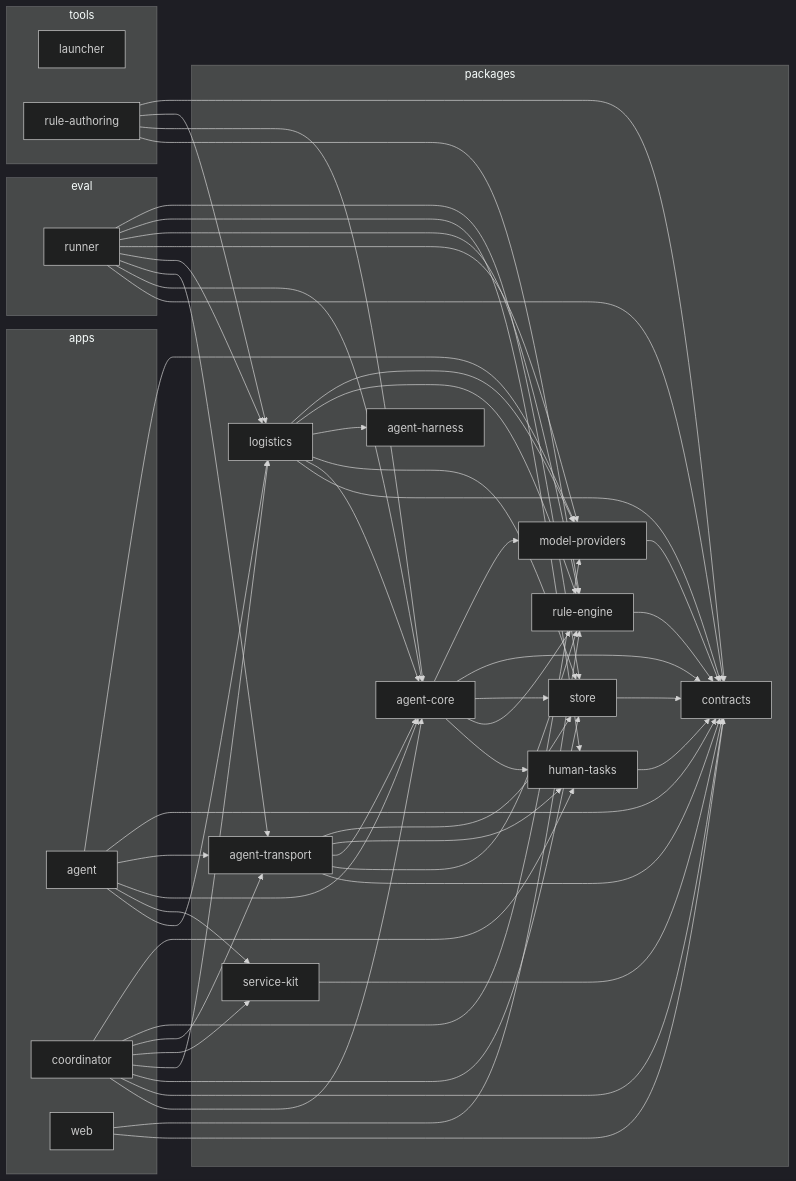
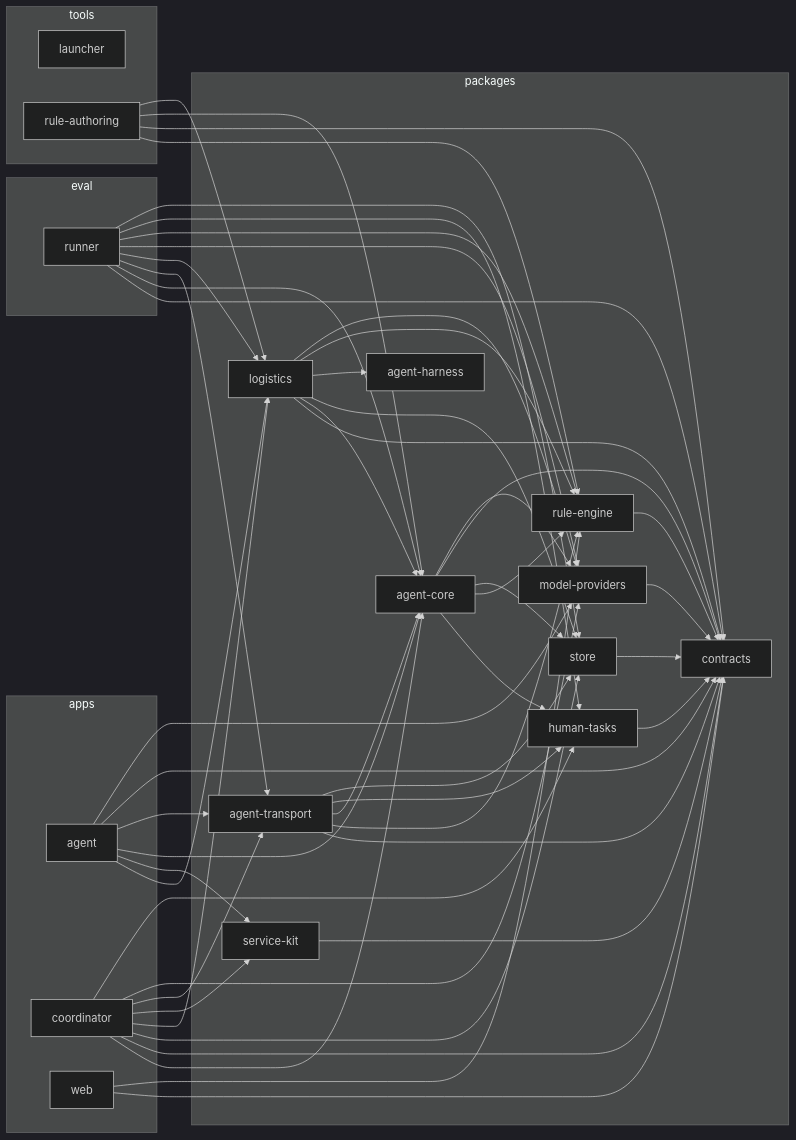
The diagram in docs/architecture-graph.md (ClydeShen/durable-jev), drawn with Mermaid (dark theme) before and after one commit. The commit also changed other lines of this file and 10 other files, not shown here.

````diff
--- a/docs/architecture-graph.md
+++ b/docs/architecture-graph.md
@@ -7,77 +7,77 @@
 ```mermaid
 flowchart LR
 
 subgraph 0["apps"]
 1["agent"]
 2["coordinator"]
 3["web"]
 end
 subgraph 4["eval"]
 5["runner"]
 end
 subgraph 6["packages"]
 7["agent-core"]
 8["agent-harness"]
 9["agent-transport"]
 A["contracts"]
 B["human-tasks"]
 C["logistics"]
 D["model-providers"]
 E["rule-engine"]
 F["service-kit"]
 G["store"]
 end
 subgraph H["tools"]
 I["launcher"]
 J["rule-authoring"]
 end
 1-->C
 1-->F
 1-->7
 1-->9
 1-->A
 1-->D
 2-->7
 2-->A
 2-->G
 2-->C
 2-->F
 2-->9
 2-->D
 2-->B
 3-->A
 3-->E
 5-->A
 5-->7
 5-->9
 5-->C
 5-->D
 5-->E
 5-->B
 5-->G
 7-->B
 7-->E
 7-->G
 7-->A
 7-->D
 9-->A
 9-->E
 9-->7
 9-->B
 9-->G
 B-->A
 C-->A
 C-->7
 C-->G
 C-->8
 C-->E
 C-->D
 D-->A
 E-->A
 F-->A
 G-->A
 J-->E
+J-->A
 J-->7
 J-->C
-J-->A
 ```
````
